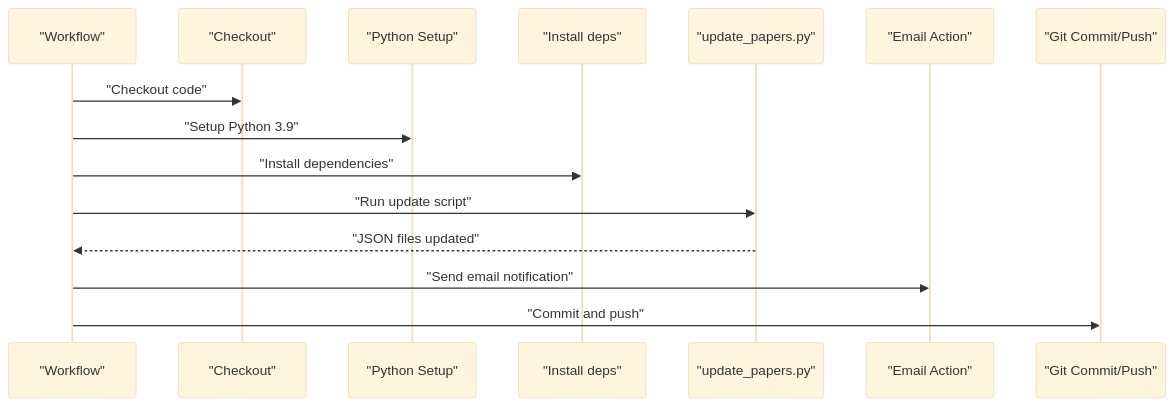
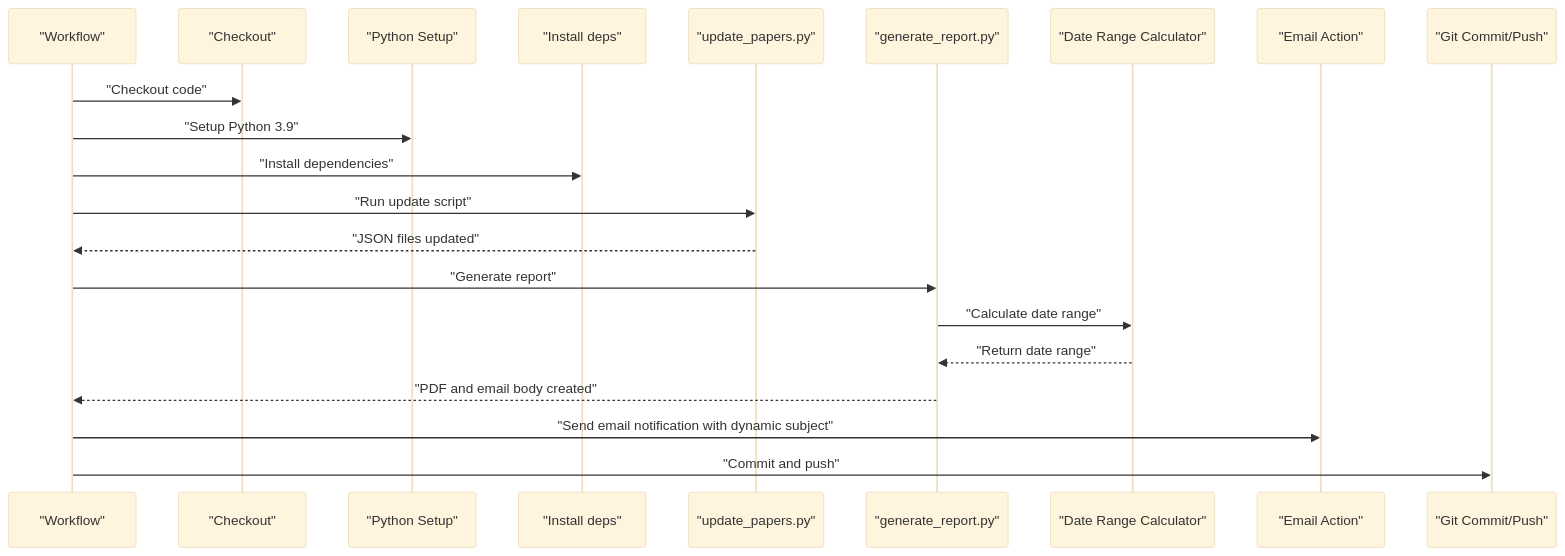
One commit to junxie01/cryoseismology_papers changed the sixth of 10 diagrams in .qoder/repowiki/en/content/Configuration Guide/GitHub Actions Workflow.md. Above: the diagram before and after it, drawn with Mermaid (base theme). The commit also changed other lines of this file and 4 other files, not shown here.

````diff
--- a/.qoder/repowiki/en/content/Configuration Guide/GitHub Actions Workflow.md
+++ b/.qoder/repowiki/en/content/Configuration Guide/GitHub Actions Workflow.md
@@ -163,17 +185,23 @@
 ```mermaid
 sequenceDiagram
 participant W as "Workflow"
 participant C as "Checkout"
 participant P as "Python Setup"
 participant I as "Install deps"
 participant U as "update_papers.py"
+participant R as "generate_report.py"
+participant DR as "Date Range Calculator"
 participant E as "Email Action"
 participant G as "Git Commit/Push"
 W->>C : "Checkout code"
 W->>P : "Setup Python 3.9"
 W->>I : "Install dependencies"
 W->>U : "Run update script"
 U-->>W : "JSON files updated"
-W->>E : "Send email notification"
+W->>R : "Generate report"
+R->>DR : "Calculate date range"
+DR-->>R : "Return date range"
+R-->>W : "PDF and email body created"
+W->>E : "Send email notification with dynamic subject"
 W->>G : "Commit and push"
 ```
````
